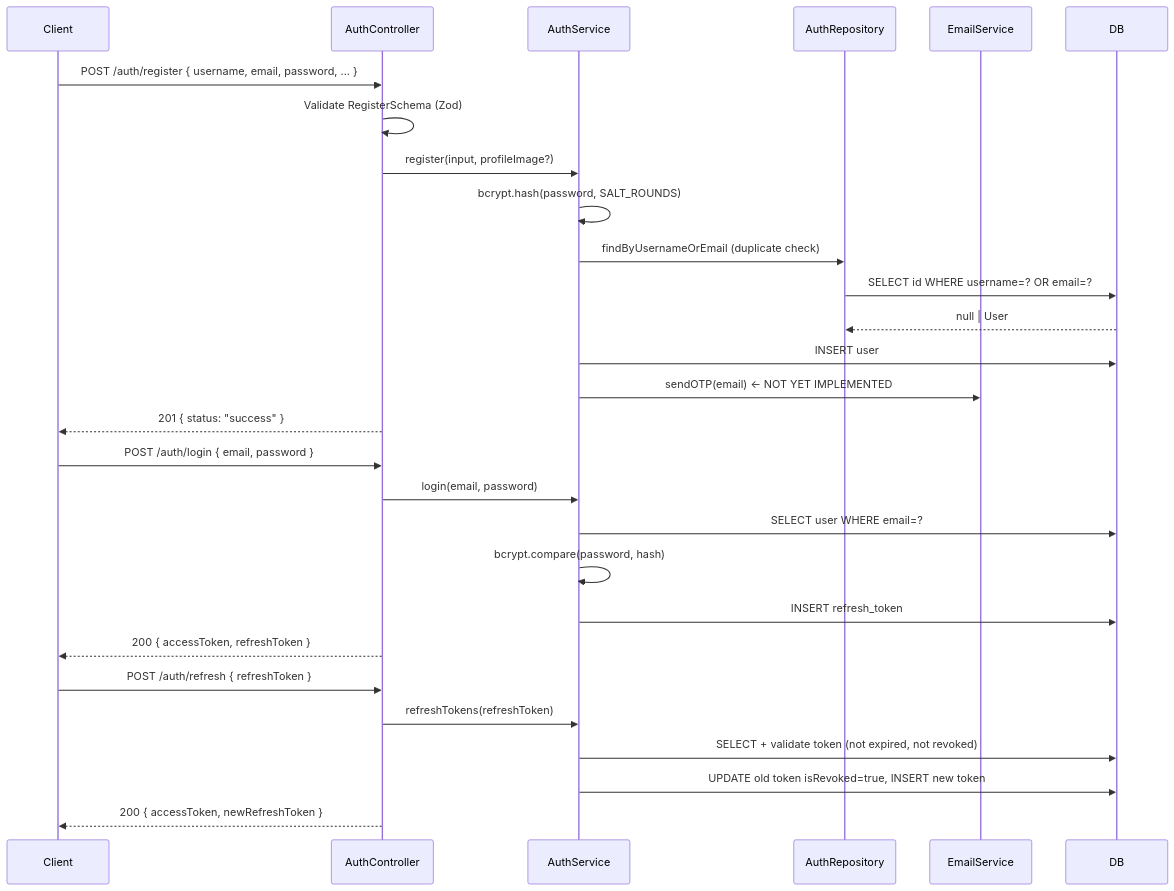
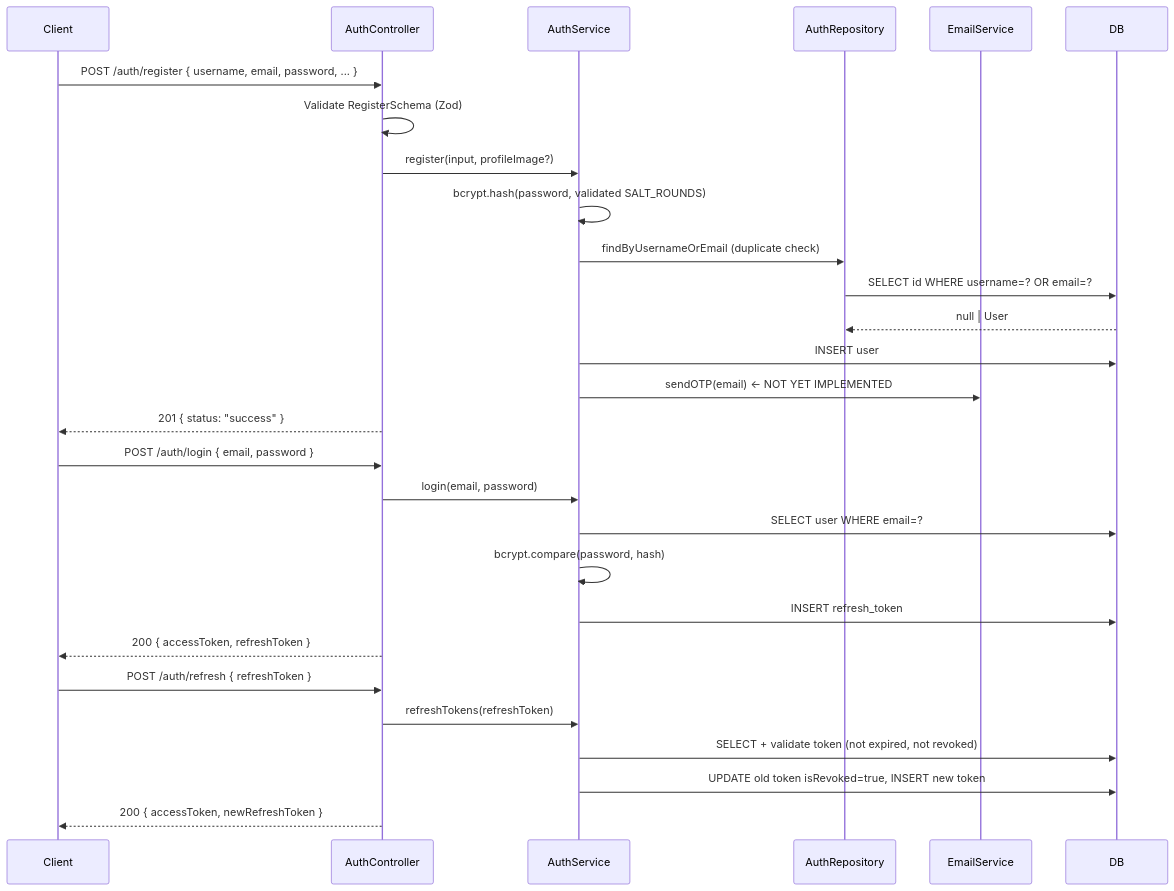
The fourth of 7 diagrams in docs/architecture.md (Mihailob5017/codegames), drawn with Mermaid before and after one commit. The commit also changed other lines of this file and 27 other files, not shown here.

````diff
--- a/docs/architecture.md
+++ b/docs/architecture.md
@@ -155,36 +162,36 @@
 ```mermaid
 sequenceDiagram
     participant Client
     participant AuthController
     participant AuthService
     participant AuthRepository
     participant EmailService
     participant DB
 
     %% Registration
     Client->>AuthController: POST /auth/register { username, email, password, ... }
     AuthController->>AuthController: Validate RegisterSchema (Zod)
     AuthController->>AuthService: register(input, profileImage?)
-    AuthService->>AuthService: bcrypt.hash(password, SALT_ROUNDS)
+    AuthService->>AuthService: bcrypt.hash(password, validated SALT_ROUNDS)
     AuthService->>AuthRepository: findByUsernameOrEmail (duplicate check)
     AuthRepository->>DB: SELECT id WHERE username=? OR email=?
     DB-->>AuthRepository: null | User
     AuthService->>DB: INSERT user
     AuthService->>EmailService: sendOTP(email)     ← NOT YET IMPLEMENTED
     AuthController-->>Client: 201 { status: "success" }
 
     %% Login (planned)
     Client->>AuthController: POST /auth/login { email, password }
     AuthController->>AuthService: login(email, password)
     AuthService->>DB: SELECT user WHERE email=?
     AuthService->>AuthService: bcrypt.compare(password, hash)
     AuthService->>DB: INSERT refresh_token
     AuthController-->>Client: 200 { accessToken, refreshToken }
 
     %% Token refresh (planned)
     Client->>AuthController: POST /auth/refresh { refreshToken }
     AuthController->>AuthService: refreshTokens(refreshToken)
     AuthService->>DB: SELECT + validate token (not expired, not revoked)
     AuthService->>DB: UPDATE old token isRevoked=true, INSERT new token
     AuthController-->>Client: 200 { accessToken, newRefreshToken }
 ```
````
